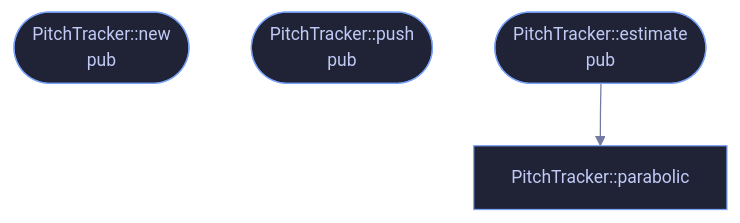
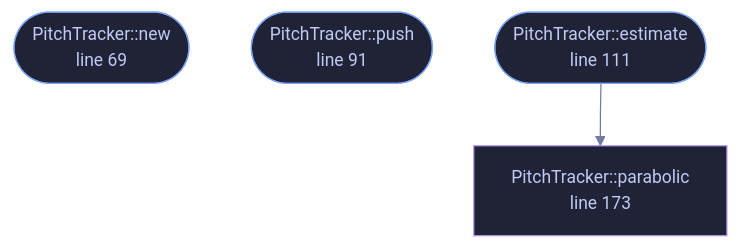
The diagram in docs/files/veilvoice-core/pitch.md (tilas01/veilvoice), drawn with Mermaid before and after one commit. The commit also changed other lines of this file and 182 other files, not shown here.

````diff
--- a/docs/files/veilvoice-core/pitch.md
+++ b/docs/files/veilvoice-core/pitch.md
@@ -52,9 +71,13 @@
 ```mermaid
 %%{init: {"theme":"base","themeVariables":{"background":"#1a1b26","primaryColor":"#1f2335","primaryTextColor":"#c0caf5","primaryBorderColor":"#7aa2f7","secondaryColor":"#16161e","tertiaryColor":"#16161e","lineColor":"#737aa2","textColor":"#c0caf5","mainBkg":"#1f2335","nodeBorder":"#7aa2f7","clusterBkg":"#16161e","clusterBorder":"#2f3549","fontFamily":"ui-monospace, SFMono-Regular, Consolas, monospace","fontSize":"14px"}}}%%
 flowchart TD
-    n_new(["PitchTracker::new<br/>pub"])
-    n_push(["PitchTracker::push<br/>pub"])
-    n_estimate(["PitchTracker::estimate<br/>pub"])
-    n_parabolic["PitchTracker::parabolic"]
+    n_new(["PitchTracker::new<br/>line 69"])
+    n_push(["PitchTracker::push<br/>line 91"])
+    n_estimate(["PitchTracker::estimate<br/>line 111"])
+    n_parabolic["PitchTracker::parabolic<br/>line 173"]
     n_estimate --> n_parabolic
+    classDef entry fill:#1f2335,stroke:#7aa2f7,color:#c0caf5
+    class n_new,n_push,n_estimate entry
+    classDef helper fill:#1f2335,stroke:#bb9af7,color:#c0caf5
+    class n_parabolic helper
 ```
````
